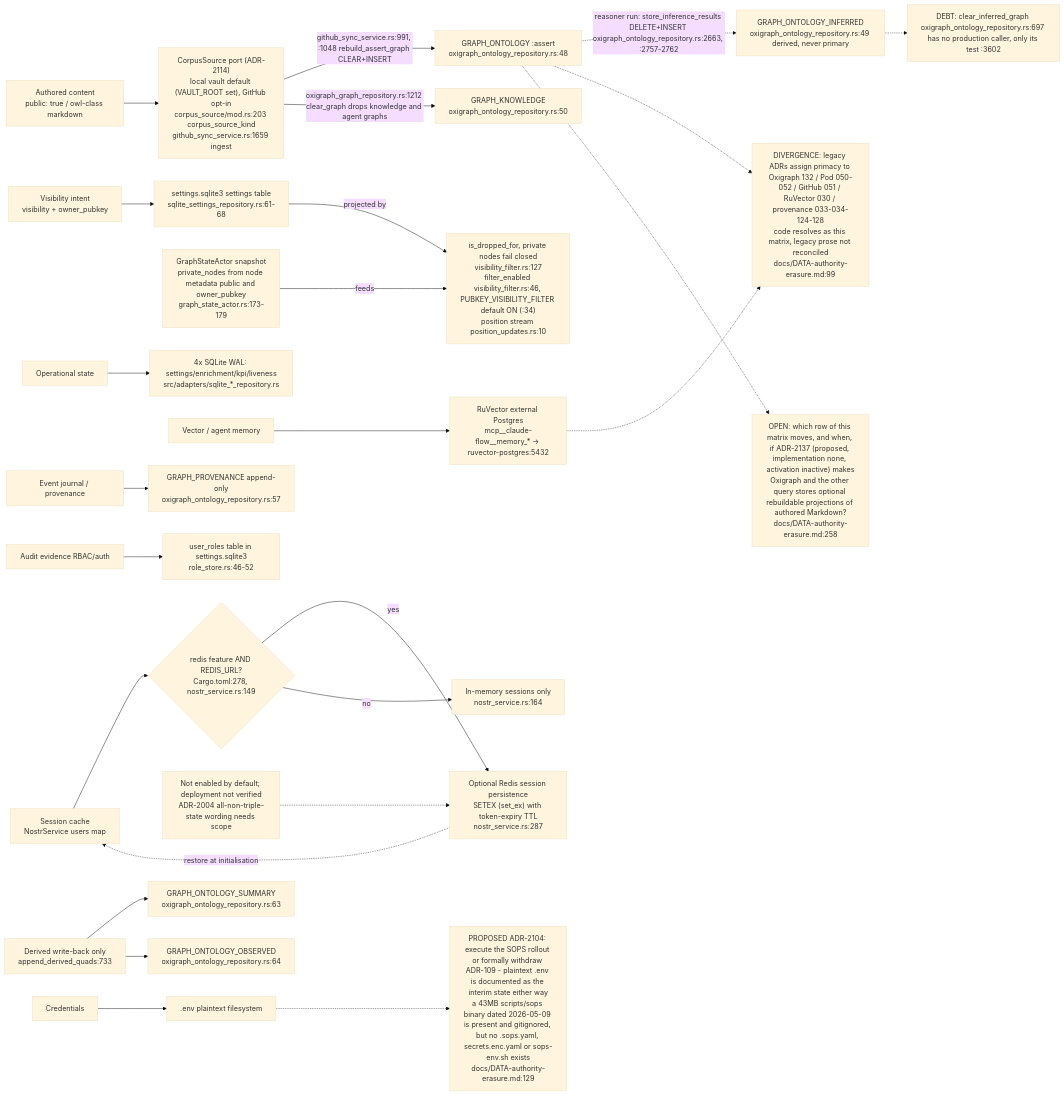
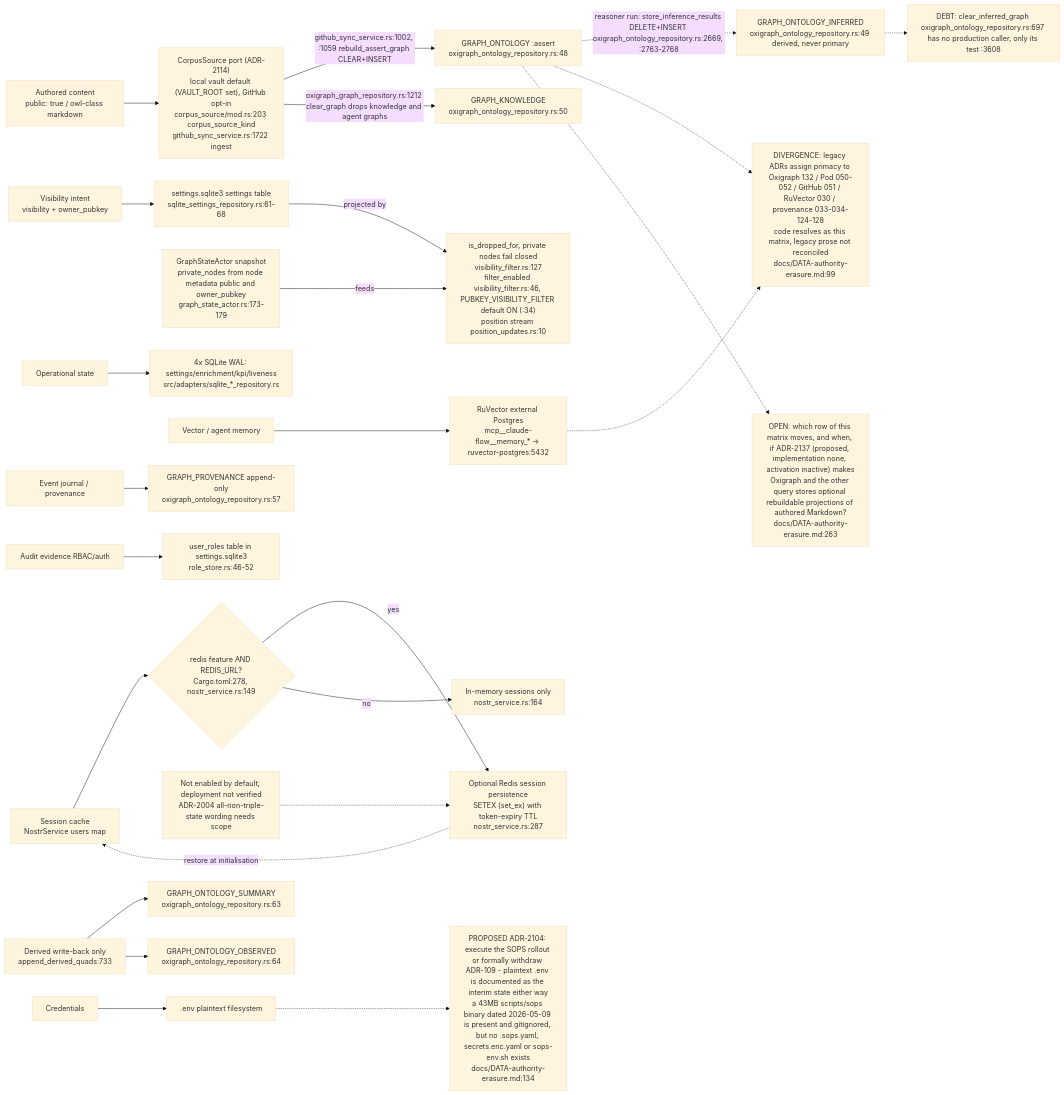
The first of 14 diagrams in docs/diagrams/visionclaw/22-data-authority-provenance-erasure.md (DreamLab-AI/VisionFlow), drawn with Mermaid (base theme) before and after one commit. The commit also changed other lines of this file and 49 other files, not shown here.

First line of the commit message:
docs(diagrams): re-derive and re-stamp VisionClaw, estate, knowledge-graph, visionGraph, VisionFlow and sidestr topics

````diff
--- a/docs/diagrams/visionclaw/22-data-authority-provenance-erasure.md
+++ b/docs/diagrams/visionclaw/22-data-authority-provenance-erasure.md
@@ -64,44 +64,44 @@
 ```mermaid
 flowchart LR
-    AuthContent["Authored content<br/>public: true / owl-class markdown"] --> CorpusSrc["CorpusSource port (ADR-2114)<br/>local vault default (VAULT_ROOT set), GitHub opt-in<br/>corpus_source/mod.rs:203 corpus_source_kind<br/>github_sync_service.rs:1659 ingest"]
-    CorpusSrc -->|"github_sync_service.rs:991, :1048 rebuild_assert_graph CLEAR+INSERT"| AssertGraph["GRAPH_ONTOLOGY :assert<br/>oxigraph_ontology_repository.rs:48"]
+    AuthContent["Authored content<br/>public: true / owl-class markdown"] --> CorpusSrc["CorpusSource port (ADR-2114)<br/>local vault default (VAULT_ROOT set), GitHub opt-in<br/>corpus_source/mod.rs:203 corpus_source_kind<br/>github_sync_service.rs:1722 ingest"]
+    CorpusSrc -->|"github_sync_service.rs:1002, :1059 rebuild_assert_graph CLEAR+INSERT"| AssertGraph["GRAPH_ONTOLOGY :assert<br/>oxigraph_ontology_repository.rs:48"]
     CorpusSrc -->|"oxigraph_graph_repository.rs:1212 clear_graph drops knowledge and agent graphs"| KnowledgeGraph["GRAPH_KNOWLEDGE<br/>oxigraph_ontology_repository.rs:50"]
 
     VisIntent["Visibility intent<br/>visibility + owner_pubkey"] --> SettingsDB["settings.sqlite3 settings table<br/>sqlite_settings_repository.rs:61-68"]
     SettingsDB -->|"projected by"| VisFilter["is_dropped_for, private nodes fail closed<br/>visibility_filter.rs:127<br/>filter_enabled visibility_filter.rs:46, PUBKEY_VISIBILITY_FILTER default ON (:34)<br/>position stream position_updates.rs:10"]
     GraphActor["GraphStateActor snapshot<br/>private_nodes from node metadata public and owner_pubkey<br/>graph_state_actor.rs:173-179"] -->|"feeds"| VisFilter
 
-    AssertGraph -.->|"reasoner run: store_inference_results DELETE+INSERT oxigraph_ontology_repository.rs:2663, :2757-2762"| InferredGraph["GRAPH_ONTOLOGY_INFERRED<br/>oxigraph_ontology_repository.rs:49 derived, never primary"]
+    AssertGraph -.->|"reasoner run: store_inference_results DELETE+INSERT oxigraph_ontology_repository.rs:2669, :2763-2768"| InferredGraph["GRAPH_ONTOLOGY_INFERRED<br/>oxigraph_ontology_repository.rs:49 derived, never primary"]
 
     OpState["Operational state"] --> SqliteFour["4x SQLite WAL: settings/enrichment/kpi/liveness<br/>src/adapters/sqlite_*_repository.rs"]
 
     VectorMem["Vector / agent memory"] --> RuVector["RuVector external Postgres<br/>mcp__claude-flow__memory_* -> ruvector-postgres:5432"]
 
     EventJournal["Event journal / provenance"] --> ProvGraph["GRAPH_PROVENANCE append-only<br/>oxigraph_ontology_repository.rs:57"]
 
     AuditRBAC["Audit evidence RBAC/auth"] --> RoleTable["user_roles table in settings.sqlite3<br/>role_store.rs:46-52"]
 
     Sessions["Session cache<br/>NostrService users map"] --> RedisGate{"redis feature AND REDIS_URL?<br/>Cargo.toml:278, nostr_service.rs:149"}
     RedisGate -->|yes| Redis["Optional Redis session persistence<br/>SETEX (set_ex) with token-expiry TTL<br/>nostr_service.rs:287"]
     RedisGate -->|no| Memory["In-memory sessions only<br/>nostr_service.rs:164"]
     Redis -.->|"restore at initialisation"| Sessions
     RedisScope["Not enabled by default; deployment not verified<br/>ADR-2004 all-non-triple-state wording needs scope"] -.-> Redis
 
     Credentials["Credentials"] --> DotEnv[".env plaintext filesystem"]
 
     DerivedWB["Derived write-back only<br/>append_derived_quads:733"] --> SummaryGraph["GRAPH_ONTOLOGY_SUMMARY<br/>oxigraph_ontology_repository.rs:63"]
     DerivedWB --> ObservedGraph["GRAPH_ONTOLOGY_OBSERVED<br/>oxigraph_ontology_repository.rs:64"]
 
     DivLegacy["DIVERGENCE: legacy ADRs assign primacy to Oxigraph 132 / Pod 050-052 / GitHub 051 / RuVector 030 / provenance 033-034-124-128<br/>code resolves as this matrix, legacy prose not reconciled<br/>docs/DATA-authority-erasure.md:99"]
     AssertGraph -.-> DivLegacy
     RuVector -.-> DivLegacy
 
-    DivCreds["PROPOSED ADR-2104: execute the SOPS rollout or formally withdraw ADR-109 - plaintext .env is documented as the interim state either way<br/>a 43MB scripts/sops binary dated 2026-05-09 is present and gitignored, but no .sops.yaml, secrets.enc.yaml or sops-env.sh exists<br/>docs/DATA-authority-erasure.md:129"]
+    DivCreds["PROPOSED ADR-2104: execute the SOPS rollout or formally withdraw ADR-109 - plaintext .env is documented as the interim state either way<br/>a 43MB scripts/sops binary dated 2026-05-09 is present and gitignored, but no .sops.yaml, secrets.enc.yaml or sops-env.sh exists<br/>docs/DATA-authority-erasure.md:134"]
     DotEnv -.-> DivCreds
 
-    DebtClear["DEBT: clear_inferred_graph oxigraph_ontology_repository.rs:697 has no production caller, only its test :3602"]
+    DebtClear["DEBT: clear_inferred_graph oxigraph_ontology_repository.rs:697 has no production caller, only its test :3608"]
     InferredGraph -.-> DebtClear
 
-    DivWorkspace["OPEN: which row of this matrix moves, and when, if ADR-2137 (proposed, implementation none, activation inactive) makes<br/>Oxigraph and the other query stores optional rebuildable projections of authored Markdown?<br/>docs/DATA-authority-erasure.md:258"]
+    DivWorkspace["OPEN: which row of this matrix moves, and when, if ADR-2137 (proposed, implementation none, activation inactive) makes<br/>Oxigraph and the other query stores optional rebuildable projections of authored Markdown?<br/>docs/DATA-authority-erasure.md:263"]
     AssertGraph -.-> DivWorkspace
 ```
````
